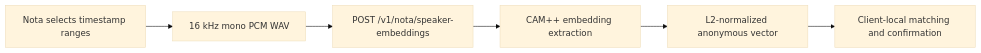
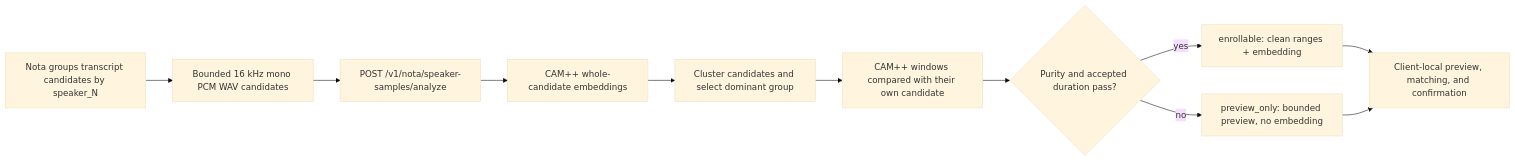
Before and after one commit to kwp-lab/nota-asr-server: the diagram in docs/speaker-embeddings.md, drawn with Mermaid (base theme). The commit also changed other lines of this file and 14 other files, not shown here.

Commit message:
feat: add clean speaker sample analysis

````diff
--- a/docs/speaker-embeddings.md
+++ b/docs/speaker-embeddings.md
@@ -11,8 +11,13 @@
 ```mermaid
 flowchart LR
-    A["Nota selects timestamp ranges"] --> B["16 kHz mono PCM WAV"]
-    B --> C["POST /v1/nota/speaker-embeddings"]
-    C --> D["CAM++ embedding extraction"]
-    D --> E["L2-normalized anonymous vector"]
-    E --> F["Client-local matching and confirmation"]
+    A["Nota groups transcript candidates by speaker_N"] --> B["Bounded 16 kHz mono PCM WAV candidates"]
+    B --> C["POST /v1/nota/speaker-samples/analyze"]
+    C --> D["CAM++ whole-candidate embeddings"]
+    D --> E["Cluster candidates and select dominant group"]
+    E --> F["CAM++ windows compared with their own candidate"]
+    F --> G{"Purity and accepted duration pass?"}
+    G -- "yes" --> H["enrollable: clean ranges + embedding"]
+    G -- "no" --> I["preview_only: bounded preview, no embedding"]
+    H --> J["Client-local preview, matching, and confirmation"]
+    I --> J
 ```
````
